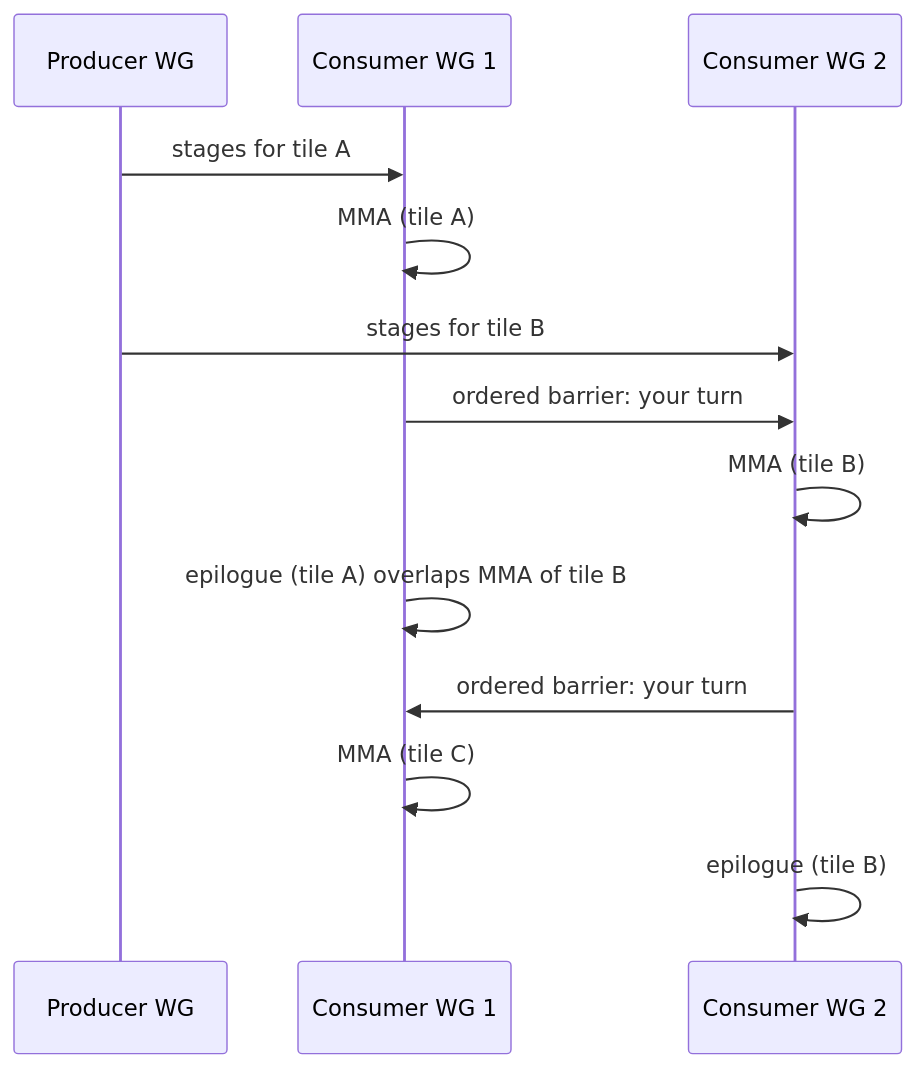
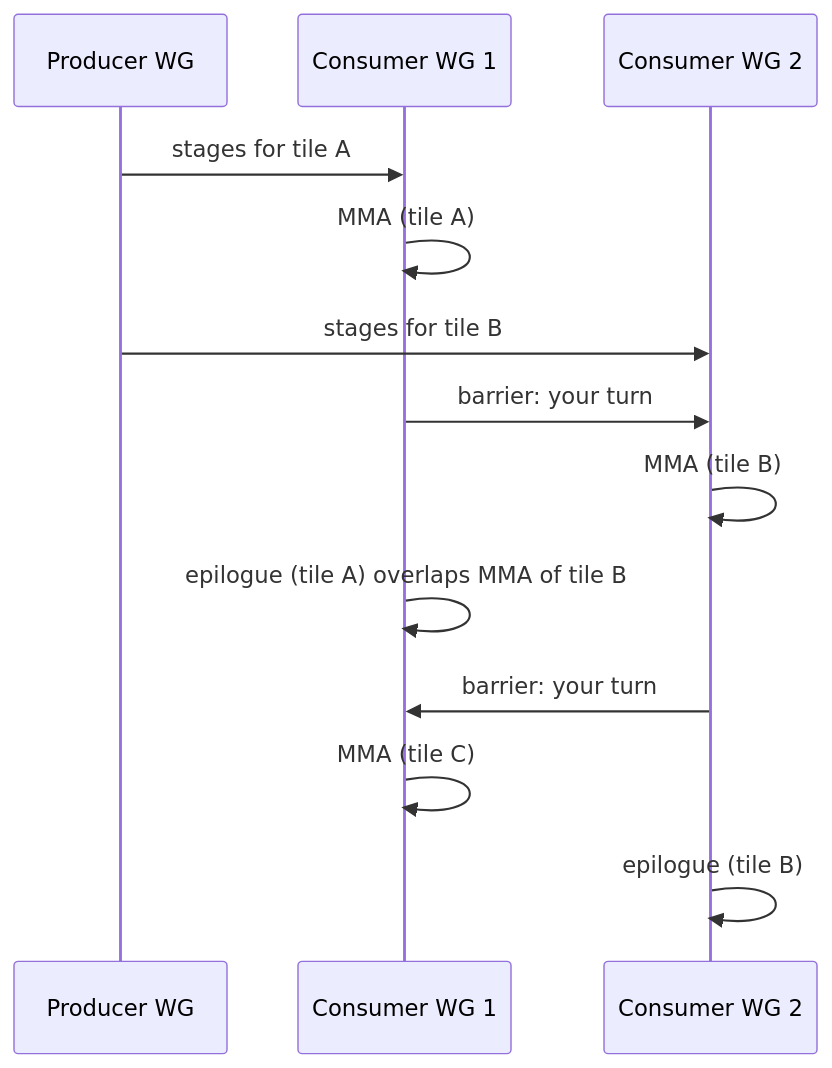
The fourth of 5 diagrams in GPU Programming/Hardware & Frontier/Warp Specialization/Warp Specialization.md (ImRuliad/Library-of-Alexandria), drawn with Mermaid before and after one commit. The commit also changed other lines of this file, not shown here.

````diff
--- a/GPU Programming/Hardware & Frontier/Warp Specialization/Warp Specialization.md
+++ b/GPU Programming/Hardware & Frontier/Warp Specialization/Warp Specialization.md
@@ -277,15 +284,15 @@
 ```mermaid
 sequenceDiagram
     participant P as Producer WG
     participant C1 as Consumer WG 1
     participant C2 as Consumer WG 2
     P->>C1: stages for tile A
     C1->>C1: MMA (tile A)
     P->>C2: stages for tile B
-    C1->>C2: ordered barrier: your turn
+    C1->>C2: barrier: your turn
     C2->>C2: MMA (tile B)
     C1->>C1: epilogue (tile A) overlaps MMA of tile B
-    C2->>C1: ordered barrier: your turn
+    C2->>C1: barrier: your turn
     C1->>C1: MMA (tile C)
     C2->>C2: epilogue (tile B)
 ```
````
